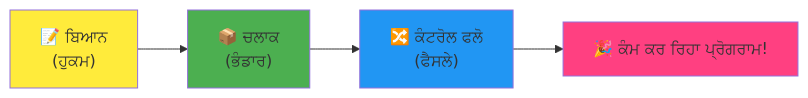
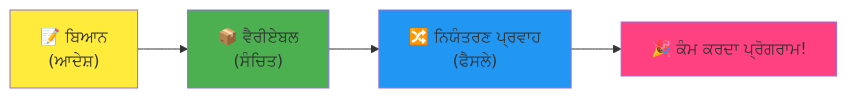
Before and after one commit to microsoft/Web-Dev-For-Beginners: the fourth of 7 diagrams in translations/pa/1-getting-started-lessons/1-intro-to-programming-languages/README.md, drawn with Mermaid. The commit also changed other lines of this file and 8 other files, not shown here.

````diff
--- a/translations/pa/1-getting-started-lessons/1-intro-to-programming-languages/README.md
+++ b/translations/pa/1-getting-started-lessons/1-intro-to-programming-languages/README.md
@@ -466,9 +467,9 @@
 ```mermaid
 flowchart LR
-    A["📝 ਬਿਆਨ<br/>(ਹੁਕਮ)"] --> B["📦 ਚਲਾਕ<br/>(ਭੰਡਾਰ)"] --> C["🔀 ਕੰਟਰੋਲ ਫਲੋ<br/>(ਫੈਸਲੇ)"] --> D["🎉 ਕੰਮ ਕਰ ਰਿਹਾ ਪ੍ਰੋਗਰਾਮ!"]
+    A["📝 ਬਿਆਨ<br/>(ਆਦੇਸ਼)"] --> B["📦 ਵੈਰੀਏਬਲ<br/>(ਸੰਚਿਤ)"] --> C["🔀 ਨਿਯੰਤਰਣ ਪ੍ਰਵਾਹ<br/>(ਫੈਸਲੇ)"] --> D["🎉 ਕੰਮ ਕਰਦਾ ਪ੍ਰੋਗਰਾਮ!"]
     
     style A fill:#ffeb3b
     style B fill:#4caf50
     style C fill:#2196f3
     style D fill:#ff4081
 ```  
````
